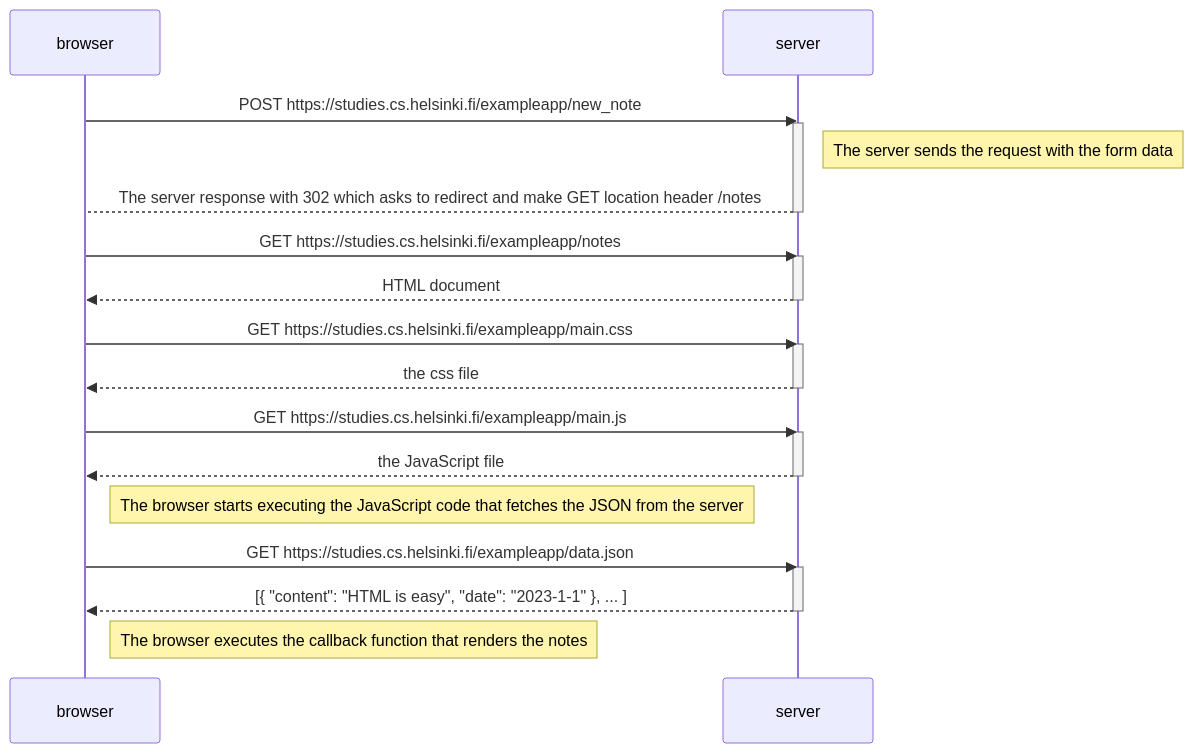
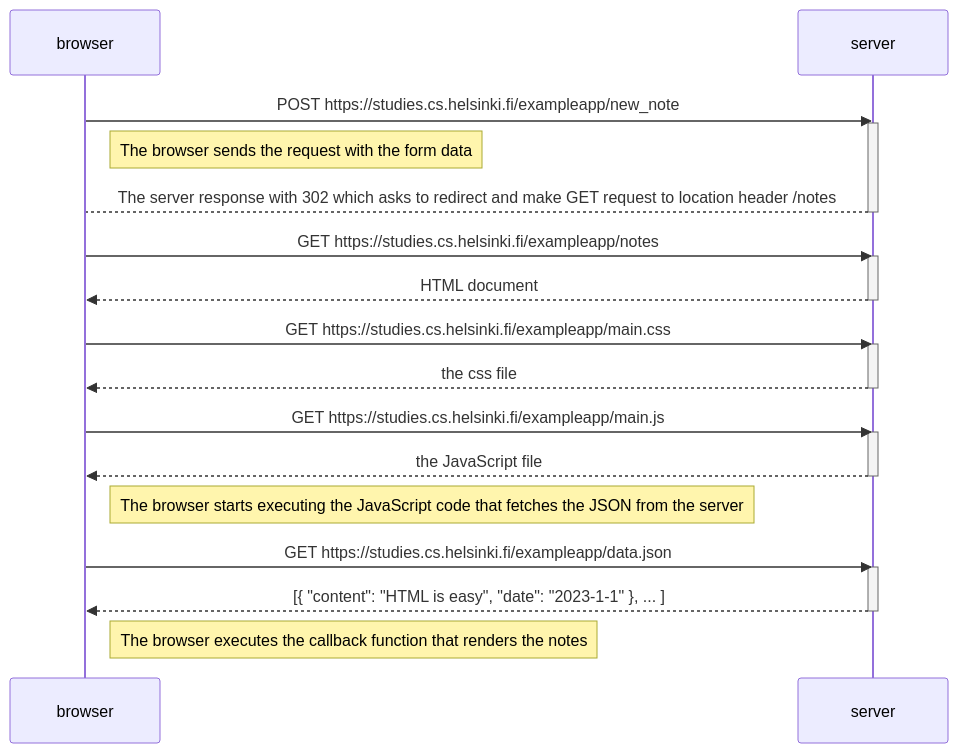
One commit to carlos-dev-research/full-stack-open-course changed the second of 2 diagrams in part0/sequenceDiagrams.md. Above: the diagram before and after it, drawn with Mermaid.

````diff
--- a/part0/sequenceDiagrams.md
+++ b/part0/sequenceDiagrams.md
@@ -33,35 +33,35 @@
 ```mermaid
 sequenceDiagram
     participant browser
     participant server
 
     browser->>server: POST https://studies.cs.helsinki.fi/exampleapp/new_note
     activate server
-    Note right of server: The server sends the request with the form data
-    server-->browser: The server response with 302 which asks to redirect and make GET location header /notes
+    Note right of browser: The browser sends the request with the form data
+    server-->browser: The server response with 302 which asks to redirect and make GET request to location header /notes
     deactivate server
 
     browser->>server: GET https://studies.cs.helsinki.fi/exampleapp/notes
     activate server
     server-->>browser: HTML document
     deactivate server
 
     browser->>server: GET https://studies.cs.helsinki.fi/exampleapp/main.css
     activate server
     server-->>browser: the css file
     deactivate server
 
     browser->>server: GET https://studies.cs.helsinki.fi/exampleapp/main.js
     activate server
     server-->>browser: the JavaScript file
     deactivate server
 
     Note right of browser: The browser starts executing the JavaScript code that fetches the JSON from the server
 
     browser->>server: GET https://studies.cs.helsinki.fi/exampleapp/data.json
     activate server
     server-->>browser: [{ "content": "HTML is easy", "date": "2023-1-1" }, ... ]
     deactivate server
 
     Note right of browser: The browser executes the callback function that renders the notes
 ```
````
